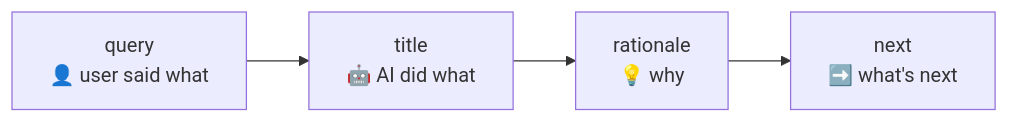
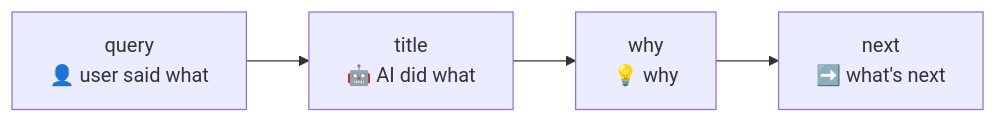
One commit to dozybot001/Intent changed the second of 4 diagrams in docs/EN/cli.md. Above: the diagram before and after it, drawn with Mermaid. The commit also changed other lines of this file and 4 other files, not shown here.

First line of the commit message:
Rename rationale → why, deprecated_reason → reason in all docs

````diff
--- a/docs/EN/cli.md
+++ b/docs/EN/cli.md
@@ -119,4 +119,4 @@
 ```mermaid
 flowchart LR
-  Q["query\n👤 user said what"] --> T["title\n🤖 AI did what"] --> R["rationale\n💡 why"] --> N["next\n➡️ what's next"]
+  Q["query\n👤 user said what"] --> T["title\n🤖 AI did what"] --> R["why\n💡 why"] --> N["next\n➡️ what's next"]
 ```
````
